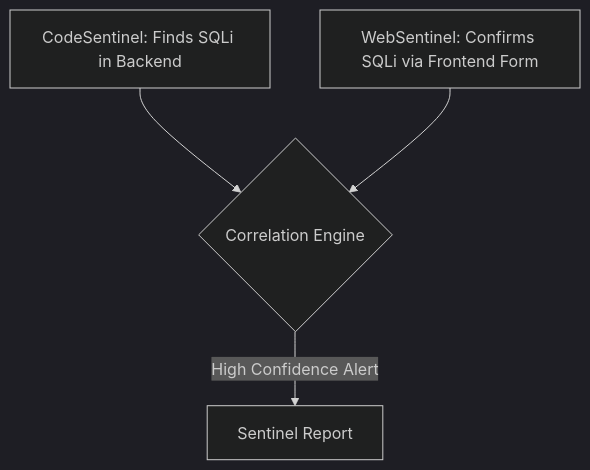
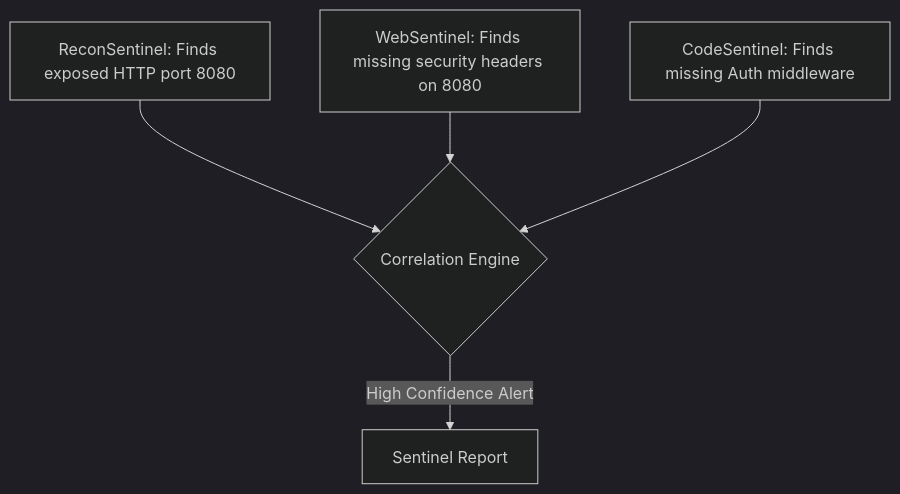
One commit to pushp314/ApTes changed the diagram in packages/docs/index.md. Above: the diagram before and after it, drawn with Mermaid (dark theme). The commit also changed other lines of this file and 8 other files, not shown here.

Commit message:
feat: overhaul documentation structure with new Enterprise section, ReconSentinel engine integration, and evaluation harness details.

```diff
--- a/packages/docs/index.md
+++ b/packages/docs/index.md
@@ -63,6 +66,7 @@
 <pre class="mermaid" style="display: flex; justify-content: center; margin: 2rem 0; background: transparent;">
 graph TD
-    A[CodeSentinel: Finds SQLi in Backend] --> C{Correlation Engine}
-    B[WebSentinel: Confirms SQLi via Frontend Form] --> C
-    C -->|High Confidence Alert| D[Sentinel Report]
+    A[ReconSentinel: Finds exposed HTTP port 8080] --> C{Correlation Engine}
+    B[WebSentinel: Finds missing security headers on 8080] --> C
+    D[CodeSentinel: Finds missing Auth middleware] --> C
+    C -->|High Confidence Alert| E[Sentinel Report]
 </pre>
```
